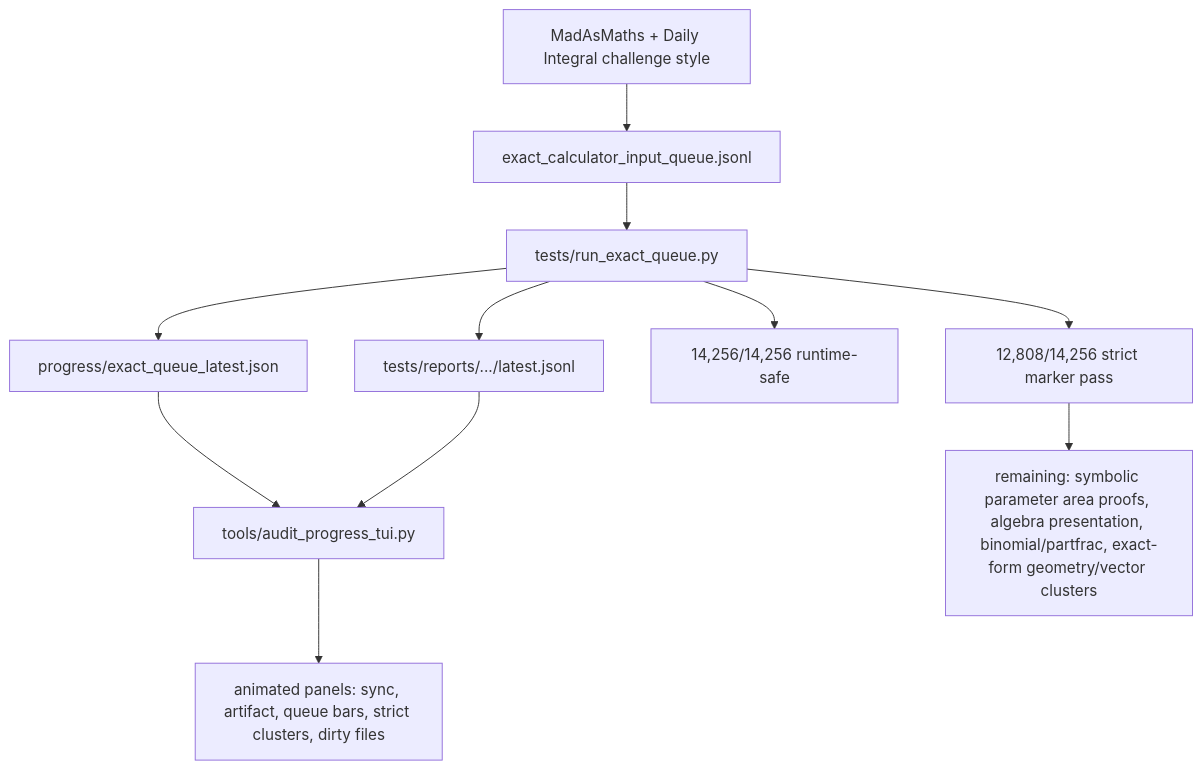
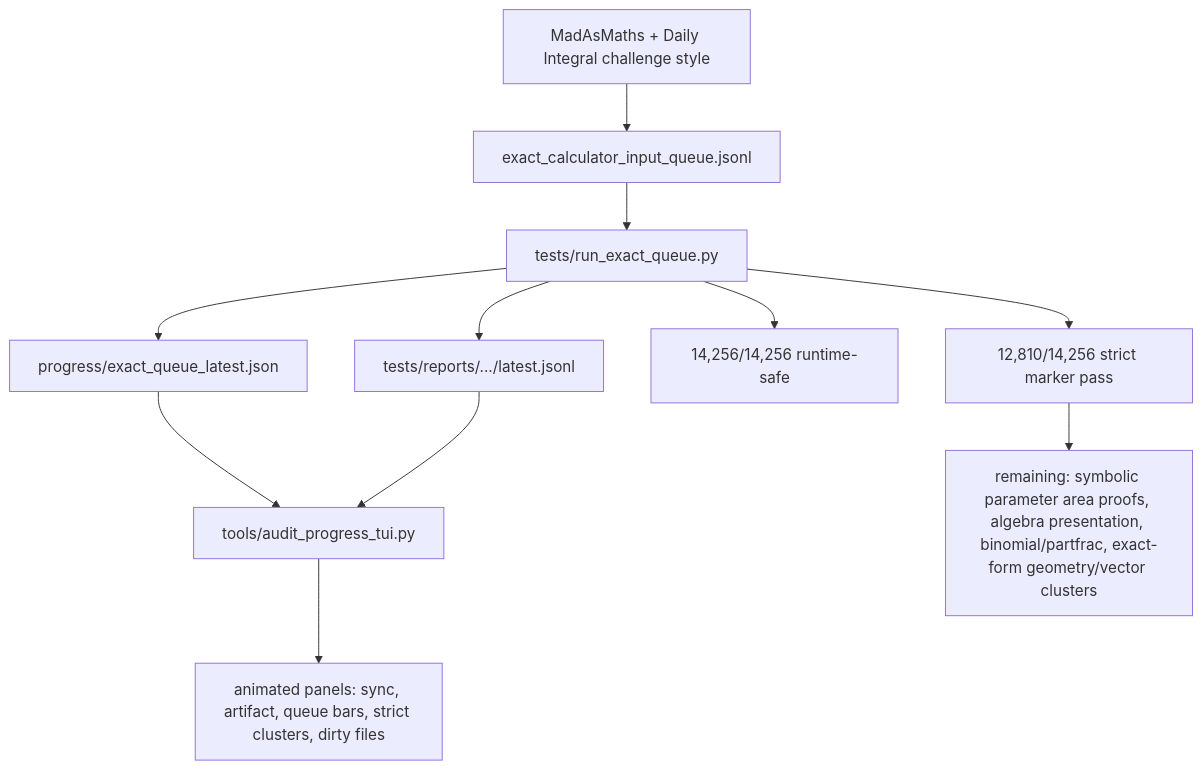
The fifth of 6 diagrams in docs/GRAPH.md (james8464/notes-addin-casio-fx-cg50), drawn with Mermaid before and after one commit. The commit also changed other lines of this file and 3 other files, not shown here.

````diff
--- a/docs/GRAPH.md
+++ b/docs/GRAPH.md
@@ -60,13 +60,13 @@
 ```mermaid
 graph TD
   Online["MadAsMaths + Daily Integral challenge style"] --> Queue["exact_calculator_input_queue.jsonl"]
   Queue --> Runner["tests/run_exact_queue.py"]
   Runner --> Live["progress/exact_queue_latest.json"]
   Runner --> Report["tests/reports/.../latest.jsonl"]
   Live --> TUI["tools/audit_progress_tui.py"]
   Report --> TUI
   TUI --> Panels["animated panels: sync, artifact, queue bars, strict clusters, dirty files"]
   Runner --> Runtime["14,256/14,256 runtime-safe"]
-  Runner --> Strict["12,808/14,256 strict marker pass"]
+  Runner --> Strict["12,810/14,256 strict marker pass"]
   Strict --> Remaining["remaining: symbolic parameter area proofs, algebra presentation, binomial/partfrac, exact-form geometry/vector clusters"]
 ```
````
